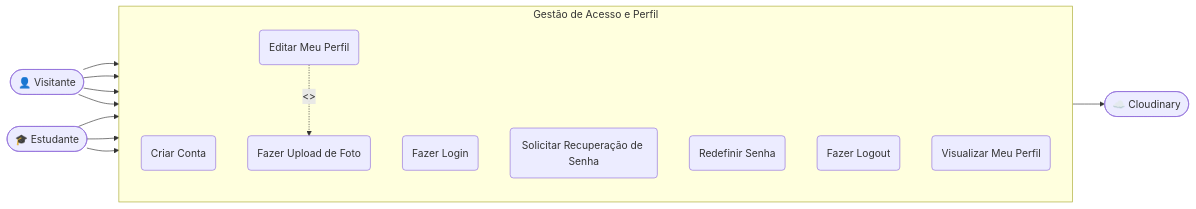
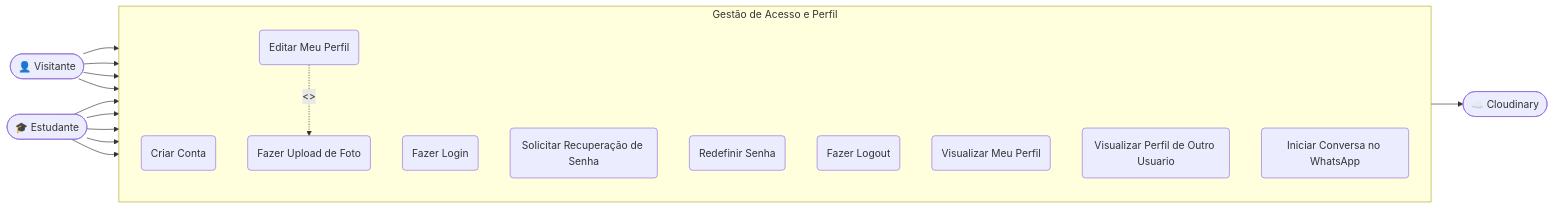
The second of 3 diagrams in Docs/arquitetura/diagramas/casos_de_uso.md (UNIFOR-Samuel-Barbosa/ReCircula), drawn with Mermaid before and after one commit. The commit also changed other lines of this file and 4 other files, not shown here.

````diff
--- a/Docs/arquitetura/diagramas/casos_de_uso.md
+++ b/Docs/arquitetura/diagramas/casos_de_uso.md
@@ -69,30 +71,34 @@
 ```mermaid
 flowchart LR
     Visitante(["👤 Visitante"])
     Estudante(["🎓 Estudante"])
     Cloudinary(["☁️ Cloudinary"])
 
     subgraph "Gestão de Acesso e Perfil"
         direction TB
         UC1(Criar Conta)
         UC2(Fazer Login)
         UC3(Solicitar Recuperação de Senha)
         UC4(Redefinir Senha)
         UC5(Fazer Logout)
         UC6(Visualizar Meu Perfil)
         UC7(Editar Meu Perfil)
         UC8(Fazer Upload de Foto)
+        UC9(Visualizar Perfil de Outro Usuario)
+        UC10(Iniciar Conversa no WhatsApp)
     end
 
     Visitante --> UC1
     Visitante --> UC2
     Visitante --> UC3
     Visitante --> UC4
 
     Estudante --> UC5
     Estudante --> UC6
     Estudante --> UC7
+    Estudante --> UC9
+    Estudante --> UC10
 
     UC7 -. "<<include>>" .-> UC8
     UC8 --> Cloudinary
 ```
````
